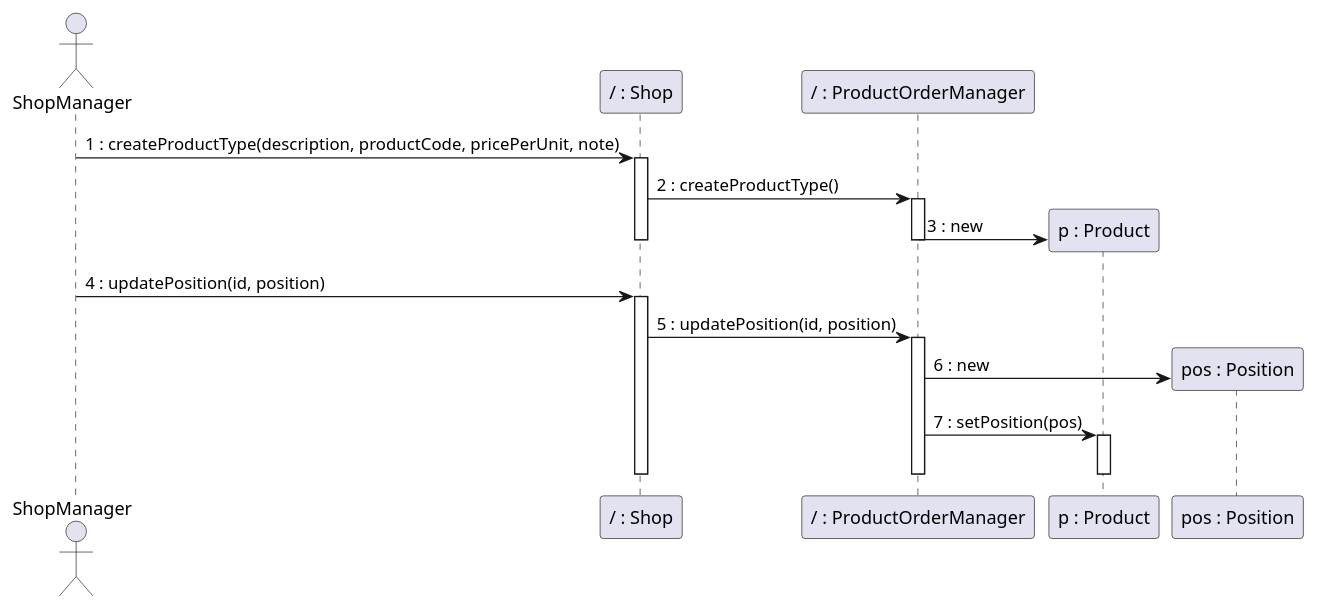
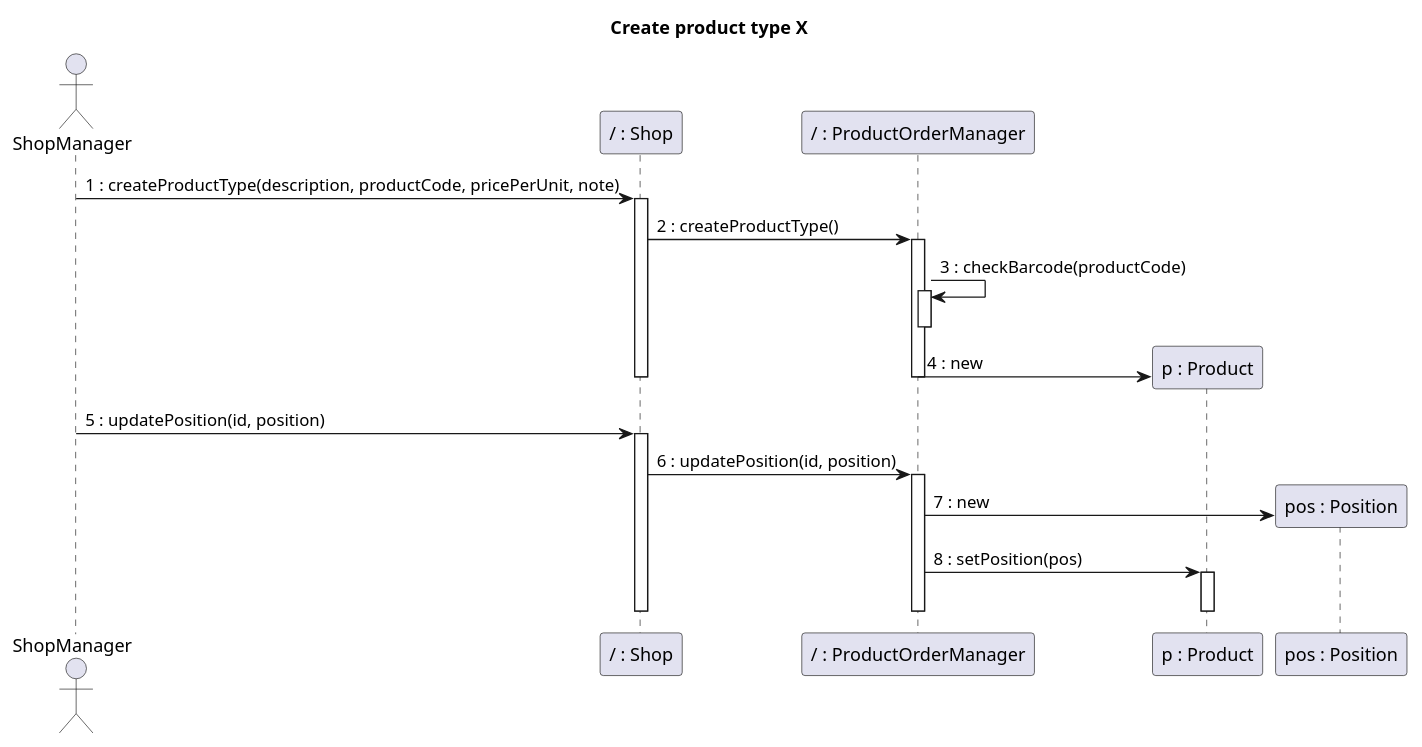
Before and after one commit to nicolabattaglino/ezshop: the fourth of 14 diagrams in Deliverables/DesignDocument.md, drawn with PlantUML. The commit also changed other lines of this file, not shown here.

````diff
--- a/Deliverables/DesignDocument.md
+++ b/Deliverables/DesignDocument.md
@@ -486,32 +495,40 @@
 ```plantuml
 @startuml
+
+title Create product type X
+
 actor ShopManager
 participant "/ : Shop" as Shop
 participant "/ : ProductOrderManager" as ProductOrderManager
 participant "p : Product" as Product
 participant "pos : Position" as Position
 
 ShopManager -> Shop: 1 : createProductType(description, productCode, pricePerUnit, note)
 activate Shop
 
 Shop -> ProductOrderManager: 2 : createProductType()
 activate ProductOrderManager
+
+ProductOrderManager -> ProductOrderManager: 3 : checkBarcode(productCode)
+activate ProductOrderManager
+deactivate ProductOrderManager
+
 create Product
-ProductOrderManager -> Product: 3 : new
+ProductOrderManager -> Product: 4 : new
 
 deactivate ProductOrderManager
 deactivate Shop
-ShopManager -> Shop: 4 : updatePosition(id, position)
+ShopManager -> Shop: 5 : updatePosition(id, position)
 activate Shop
-Shop -> ProductOrderManager: 5 : updatePosition(id, position)
+Shop -> ProductOrderManager: 6 : updatePosition(id, position)
 activate ProductOrderManager
 create Position
-ProductOrderManager -> Position: 6 : new 
+ProductOrderManager -> Position: 7 : new 
 
-ProductOrderManager -> Product: 7 : setPosition(pos)
+ProductOrderManager -> Product: 8 : setPosition(pos)
 activate Product
 deactivate Product
 deactivate ProductOrderManager
 deactivate Shop
 @enduml
 ```
````
